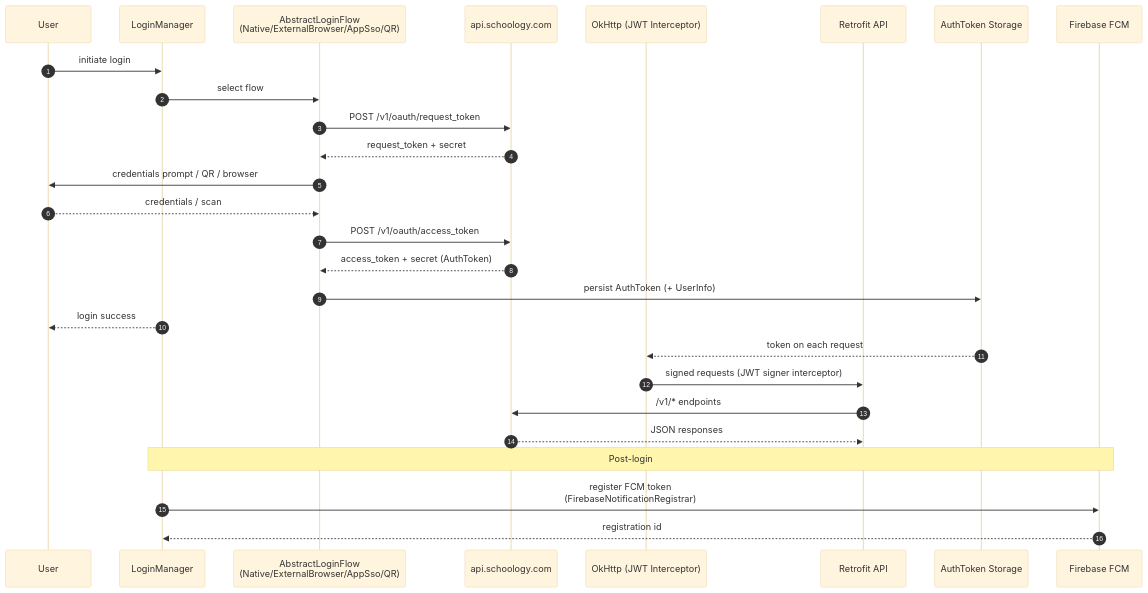
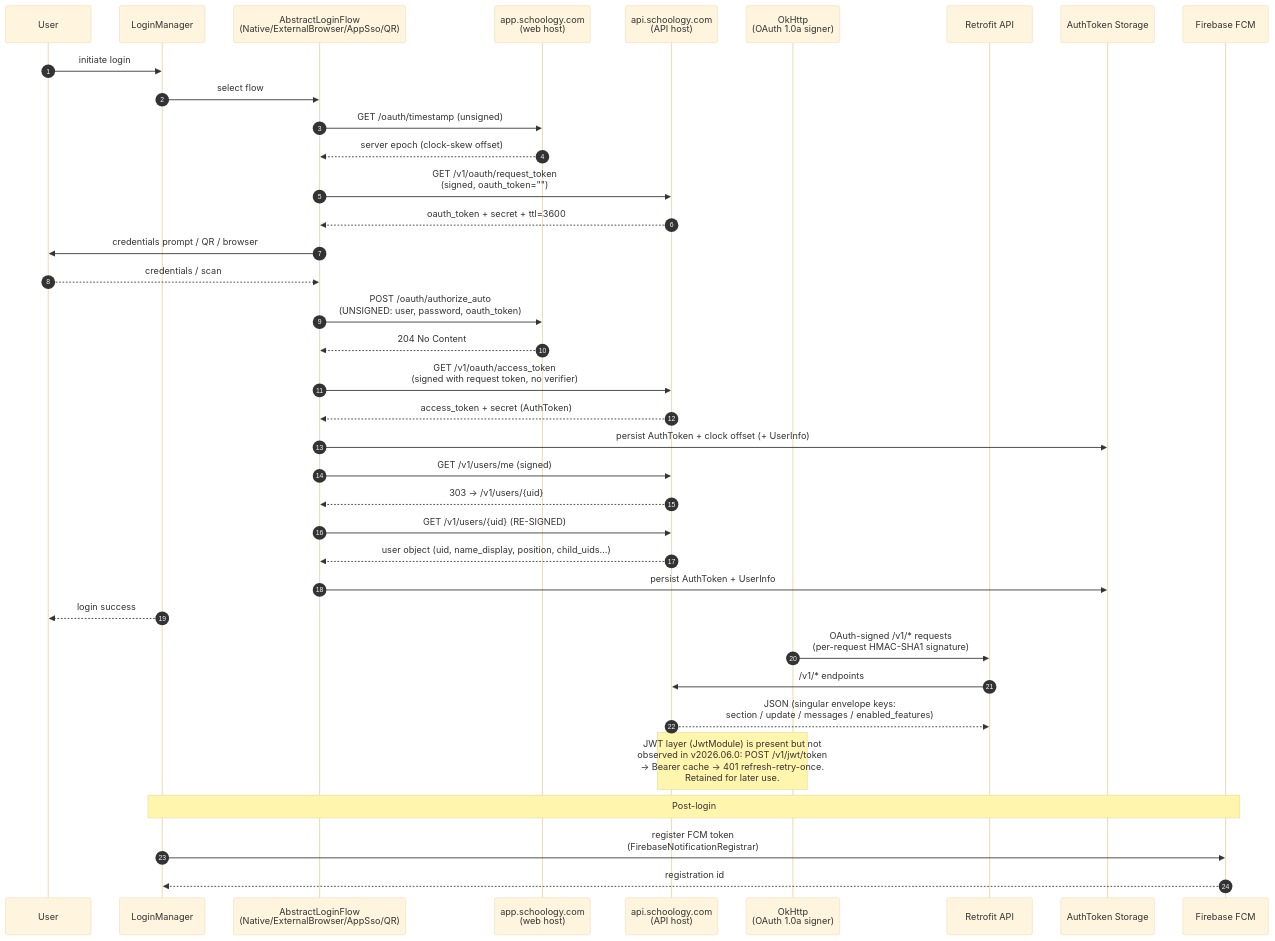
The second of 6 diagrams in mermaid-diagrams.md (rhass/schoology-re), drawn with Mermaid (base theme) before and after one commit. The commit also changed other lines of this file and 1 other file, not shown here.

Commit message:
Correct auth flow with wire-verified captures (2026-09-22 login)

````diff
--- a/mermaid-diagrams.md
+++ b/mermaid-diagrams.md
@@ -67,32 +73,43 @@
 ```mermaid
 sequenceDiagram
     autonumber
     participant U as User
     participant LM as LoginManager
     participant LF as AbstractLoginFlow<br/>(Native/ExternalBrowser/AppSso/QR)
-    participant API as api.schoology.com
-    participant Ok as OkHttp (JWT Interceptor)
+    participant WEB as app.schoology.com<br/>(web host)
+    participant API as api.schoology.com<br/>(API host)
+    participant Ok as OkHttp<br/>(OAuth 1.0a signer)
     participant Retro as Retrofit API
     participant Store as AuthToken Storage
     participant FCM as Firebase FCM
 
     U->>LM: initiate login
     LM->>LF: select flow
-    LF->>API: POST /v1/oauth/request_token
-    API-->>LF: request_token + secret
+    LF->>WEB: GET /oauth/timestamp (unsigned)
+    WEB-->>LF: server epoch (clock-skew offset)
+    LF->>API: GET /v1/oauth/request_token<br/>(signed, oauth_token="")
+    API-->>LF: oauth_token + secret + ttl=3600
     LF->>U: credentials prompt / QR / browser
     U-->>LF: credentials / scan
-    LF->>API: POST /v1/oauth/access_token
+    LF->>WEB: POST /oauth/authorize_auto<br/>(UNSIGNED: user, password, oauth_token)
+    WEB-->>LF: 204 No Content
+    LF->>API: GET /v1/oauth/access_token<br/>(signed with request token, no verifier)
     API-->>LF: access_token + secret (AuthToken)
-    LF->>Store: persist AuthToken (+ UserInfo)
+    LF->>Store: persist AuthToken + clock offset (+ UserInfo)
+    LF->>API: GET /v1/users/me (signed)
+    API-->>LF: 303 → /v1/users/{uid}
+    LF->>API: GET /v1/users/{uid} (RE-SIGNED)
+    API-->>LF: user object (uid, name_display, position, child_uids…)
+    LF->>Store: persist AuthToken + UserInfo
     LM-->>U: login success
 
-    Store-->>Ok: token on each request
-    Ok->>Retro: signed requests (JWT signer interceptor)
+    Ok->>Retro: OAuth-signed /v1/* requests<br/>(per-request HMAC-SHA1 signature)
     Retro->>API: /v1/* endpoints
-    API-->>Retro: JSON responses
+    API-->>Retro: JSON (singular envelope keys:<br/>section / update / messages / enabled_features)
+
+    Note over Ok,API: JWT layer (JwtModule) is present but not<br/>observed in v2026.06.0: POST /v1/jwt/token<br/>→ Bearer cache → 401 refresh-retry-once.<br/>Retained for later use.
 
     Note over LM,FCM: Post-login
     LM->>FCM: register FCM token<br/>(FirebaseNotificationRegistrar)
     FCM-->>LM: registration id
 ```
````
